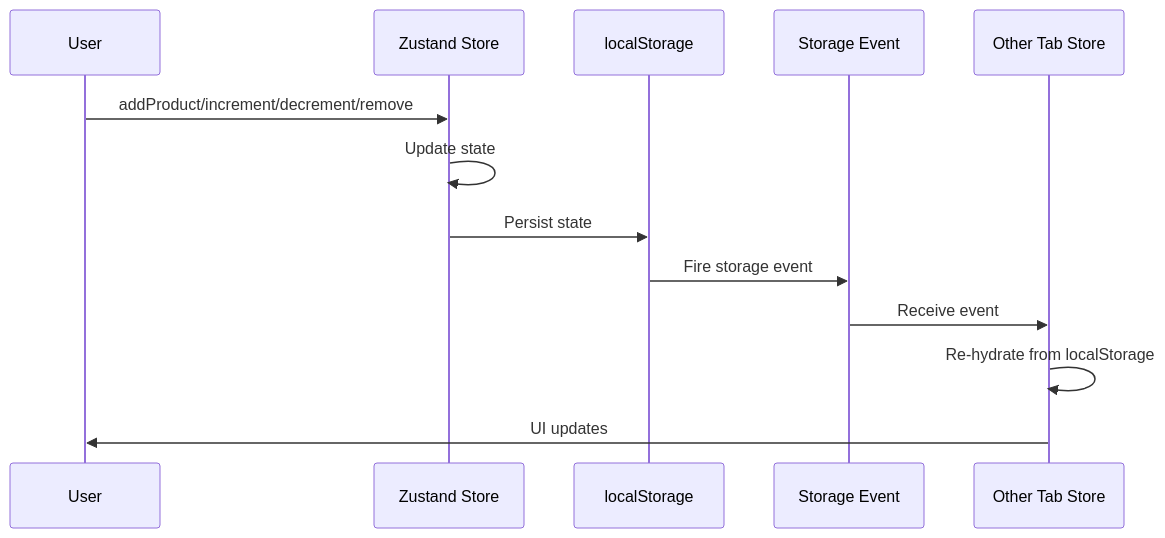
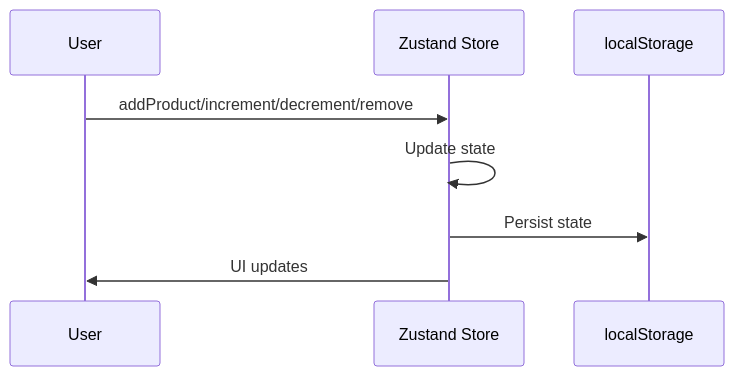
The first of 2 diagrams in docs/basket/TECHNICAL DIAGRAM.md (munrhalls/sanglogium), drawn with Mermaid before and after one commit. The commit also changed other lines of this file and 3 other files, not shown here.

Commit message:
Difficulty: 3 - C, Refactor (docs/basket, store/__tests__/e2e): Remove cross-tab synchronization from non-local basket → DoD:0 <ADR decision to eliminate race condition bug>

````diff
--- a/docs/basket/TECHNICAL DIAGRAM.md
+++ b/docs/basket/TECHNICAL DIAGRAM.md
@@ -5,16 +5,11 @@
 ```mermaid
 sequenceDiagram
     participant User as User
     participant Store as Zustand Store
     participant LocalStorage as localStorage
-    participant Event as Storage Event
-    participant OtherTab as Other Tab Store
     
     User->>Store: addProduct/increment/decrement/remove
     Store->>Store: Update state
     Store->>LocalStorage: Persist state
-    LocalStorage->>Event: Fire storage event
-    Event->>OtherTab: Receive event
-    OtherTab->>OtherTab: Re-hydrate from localStorage
-    OtherTab->>User: UI updates
+    Store->>User: UI updates
 ```
````
